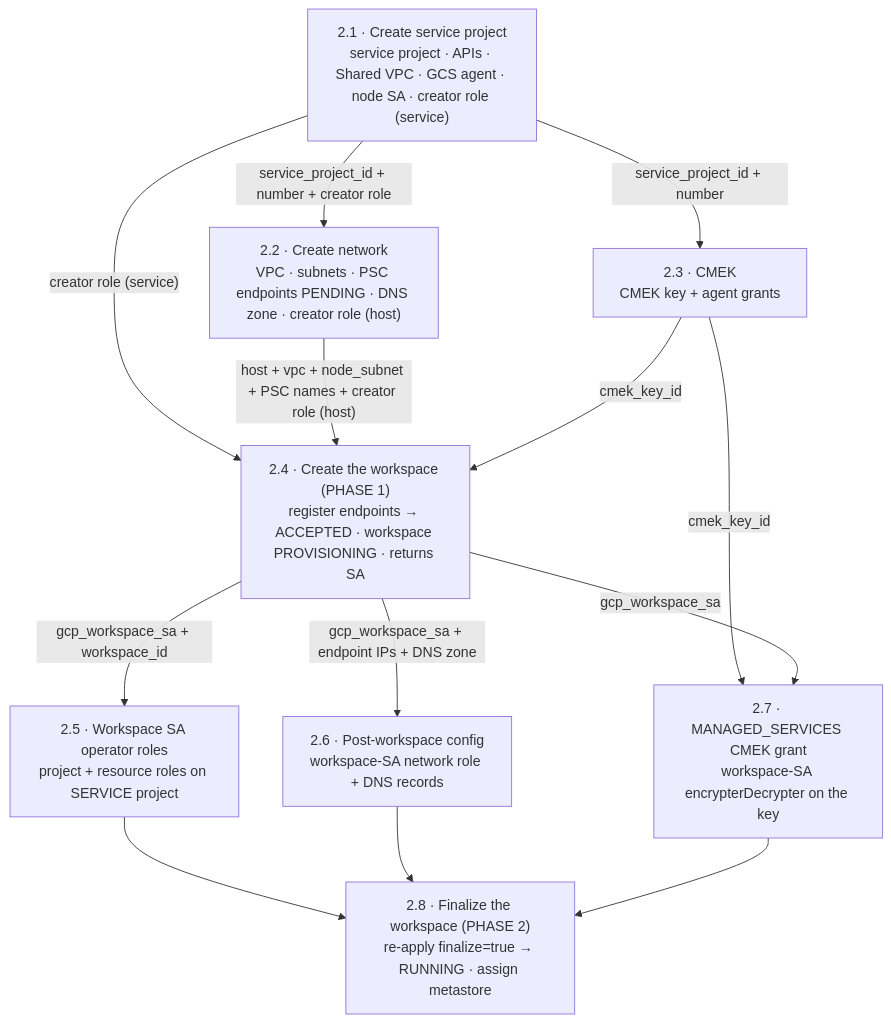
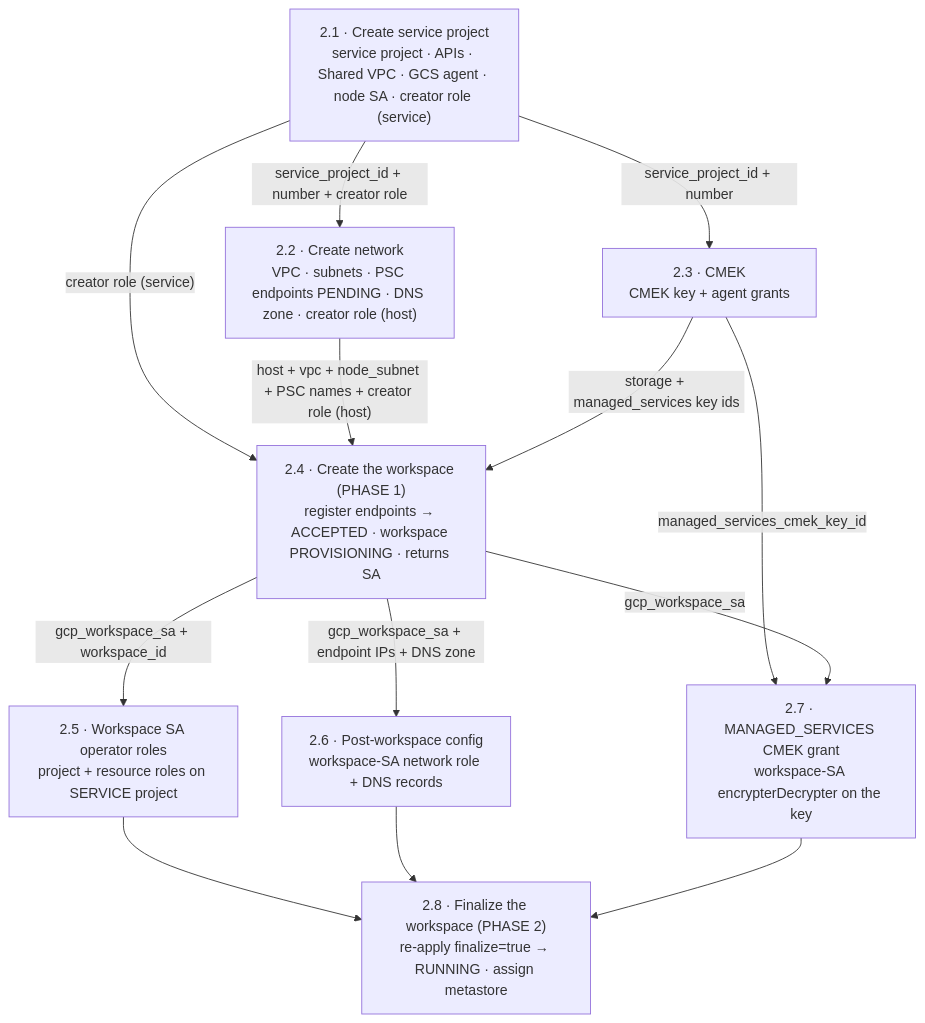
The diagram in workspace-setup/README.md (klevisa/shared-vpc-cmk-psc-databricks-deployment), drawn with Mermaid before and after one commit. The commit also changed other lines of this file and 13 other files, not shown here.

First line of the commit message:
Split CMEK into separate STORAGE and MANAGED_SERVICES keys (T8.3) (#25)

````diff
--- a/workspace-setup/README.md
+++ b/workspace-setup/README.md
@@ -96,24 +96,24 @@
 ```mermaid
 flowchart TB
     P0["2.1 · Create service project<br/>service project · APIs · Shared VPC · GCS agent · node SA · creator role (service)"]
     P1["2.2 · Create network<br/>VPC · subnets · PSC endpoints PENDING · DNS zone · creator role (host)"]
     P2["2.3 · CMEK<br/>CMEK key + agent grants"]
     P3["2.4 · Create the workspace (PHASE 1)<br/>register endpoints → ACCEPTED · workspace PROVISIONING · returns SA"]
     P4["2.5 · Workspace SA operator roles<br/>project + resource roles on SERVICE project"]
     P5["2.6 · Post-workspace config<br/>workspace-SA network role + DNS records"]
     P6["2.7 · MANAGED_SERVICES CMEK grant<br/>workspace-SA encrypterDecrypter on the key"]
     P7["2.8 · Finalize the workspace (PHASE 2)<br/>re-apply finalize=true → RUNNING · assign metastore"]
 
     P0 -->|"service_project_id + number + creator role"| P1
     P0 -->|"service_project_id + number"| P2
     P0 -->|"creator role (service)"| P3
     P1 -->|"host + vpc + node_subnet + PSC names + creator role (host)"| P3
-    P2 -->|"cmek_key_id"| P3
+    P2 -->|"storage + managed_services key ids"| P3
     P3 -->|"gcp_workspace_sa + workspace_id"| P4
     P3 -->|"gcp_workspace_sa + endpoint IPs + DNS zone"| P5
-    P2 -->|"cmek_key_id"| P6
+    P2 -->|"managed_services_cmek_key_id"| P6
     P3 -->|"gcp_workspace_sa"| P6
     P4 --> P7
     P5 --> P7
     P6 --> P7
 ```
````
